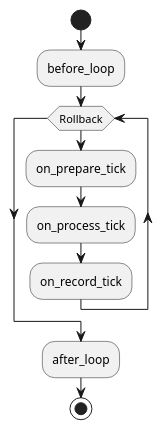
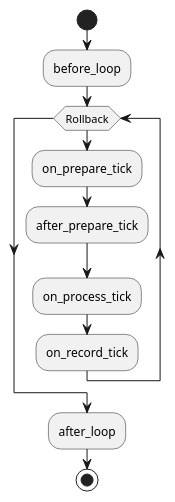
Before and after one commit to foxssake/netfox: the first of 2 diagrams in docs/netfox/guides/network-rollback.md, drawn with PlantUML. The commit also changed other lines of this file and 4 other files, not shown here.

````diff
--- a/docs/netfox/guides/network-rollback.md
+++ b/docs/netfox/guides/network-rollback.md
@@ -28,17 +28,18 @@
 ```puml
 @startuml
 
 start
 
 :before_loop;
 while(Rollback)
   :on_prepare_tick;
+  :after_prepare_tick;
   :on_process_tick;
   :on_record_tick;
 endwhile
 :after_loop;
 
 stop
 
 @enduml
 ```
````
